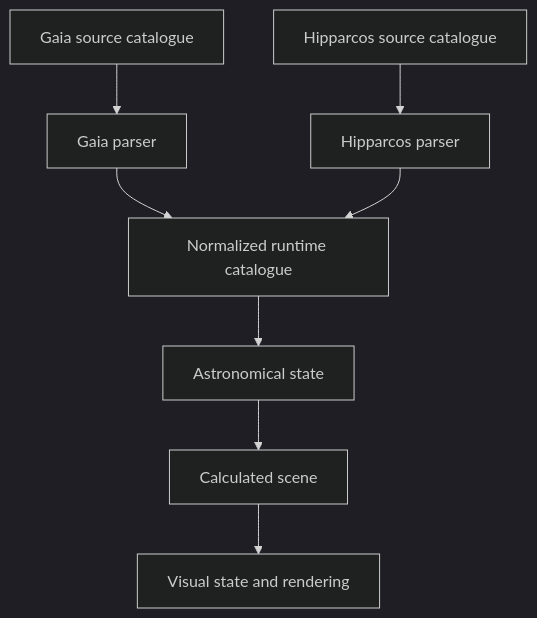
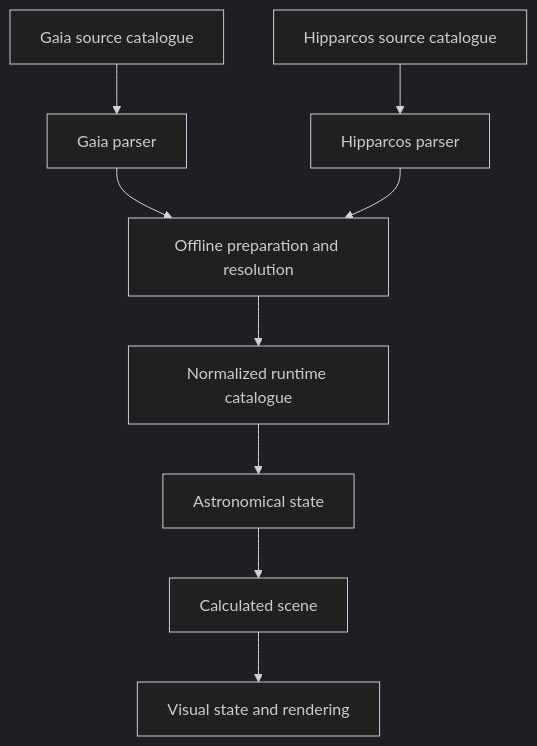
One commit to bymedeu/mystarceiling changed the diagram in docs/decisions/catalogue-integration.md. Above: the diagram before and after it, drawn with Mermaid (dark theme). The commit also changed other lines of this file and 17 other files, not shown here.

````diff
--- a/docs/decisions/catalogue-integration.md
+++ b/docs/decisions/catalogue-integration.md
@@ -16,10 +15,11 @@
 ```mermaid
 flowchart TD
     G["Gaia source catalogue"] --> GP["Gaia parser"]
     H["Hipparcos source catalogue"] --> HP["Hipparcos parser"]
-    GP --> N["Normalized runtime catalogue"]
-    HP --> N
+    GP --> P["Offline preparation and resolution"]
+    HP --> P
+    P --> N["Normalized runtime catalogue"]
     N --> A["Astronomical state"]
     A --> S["Calculated scene"]
     S --> V["Visual state and rendering"]
 ```
````
